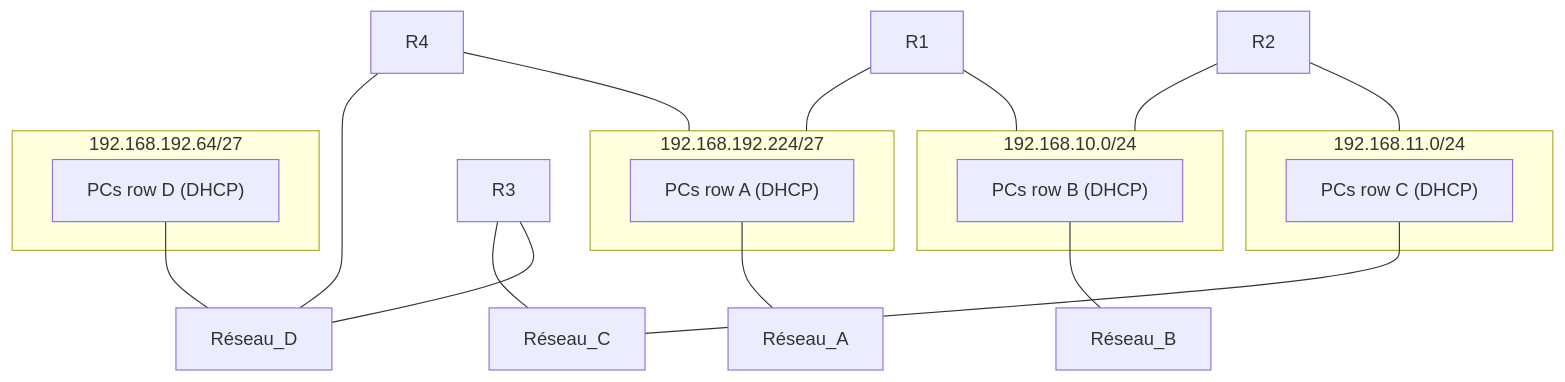
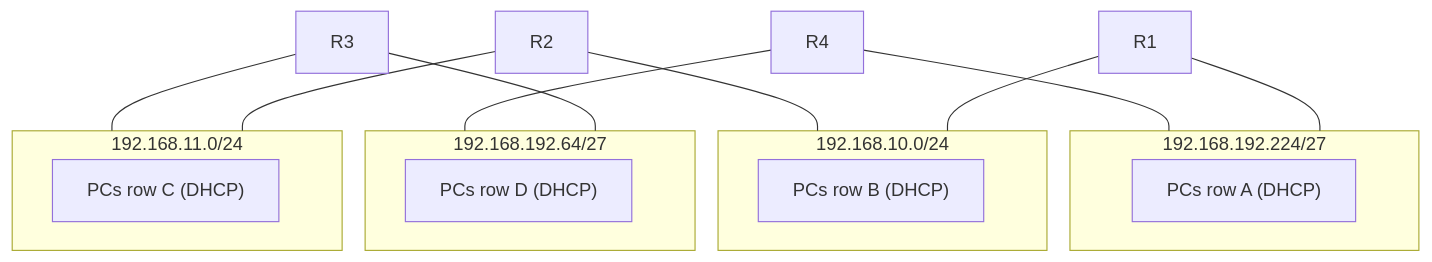
Before and after one commit to tunkasina/CoursPereBoullard: the diagram in CoursReseau/Partie 2 - Routage IP.md, drawn with Mermaid. The commit also changed 1 other file, not shown here.

Commit message:
vault backup: 09-24 15:00:46

````diff
--- a/CoursReseau/Partie 2 - Routage IP.md
+++ b/CoursReseau/Partie 2 - Routage IP.md
@@ -41,44 +41,44 @@
 ``` mermaid
 graph TB
 
 R1["R1"]
 R2["R2"]
 R3["R3"]
 R4["R4"]
 
 subgraph Network_A["192.168.192.224/27"]
   PC_A1["PCs row A (DHCP)"]
 end
 
 subgraph Network_B["192.168.10.0/24"]
   PC_B1["PCs row B (DHCP)"]
 end
 
 subgraph Network_C["192.168.11.0/24"]
   PC_C1["PCs row C (DHCP)"]
 end
 
 subgraph Network_D["192.168.192.64/27"]
   PC_D1["PCs row D (DHCP)"]
 end
 
 %% Liaisons Routeurs ↔ Networks
 R1 --- Network_A
 R4 --- Network_A
 
 R1 --- Network_B
 R2 --- Network_B
 
 R2 --- Network_C
-R3 --- Réseau_C
+R3 --- Network_C
 
-R3 --- Réseau_D
-R4 --- Réseau_D
+R3 --- Network_D
+R4 --- Network_D
 
 %% Liaisons PC ↔ Networks
-PC_A1 --- Réseau_A
-PC_B1 --- Réseau_B
-PC_C1 --- Réseau_C
-PC_D1 --- Réseau_D
+PC_A1 --- Network_A
+PC_B1 --- Network_B
+PC_C1 --- Network_C
+PC_D1 --- Network_D
 
 ```
````
